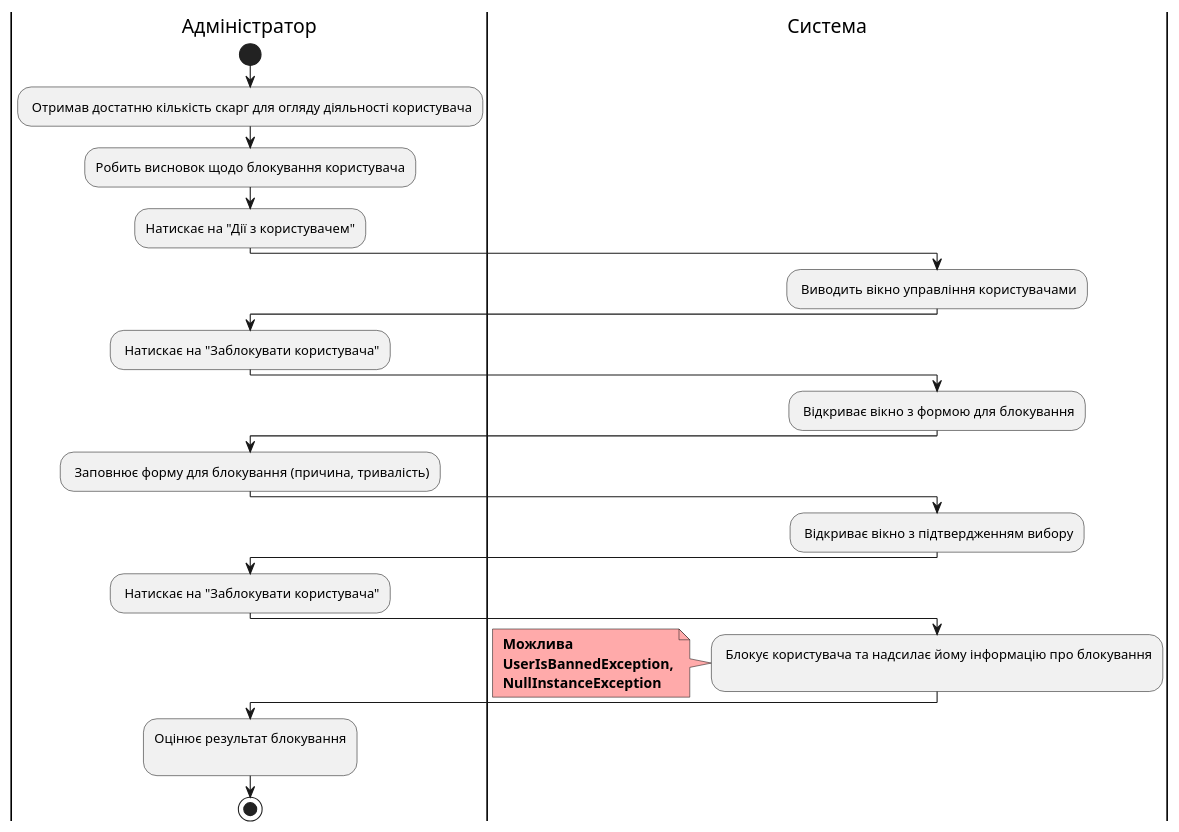
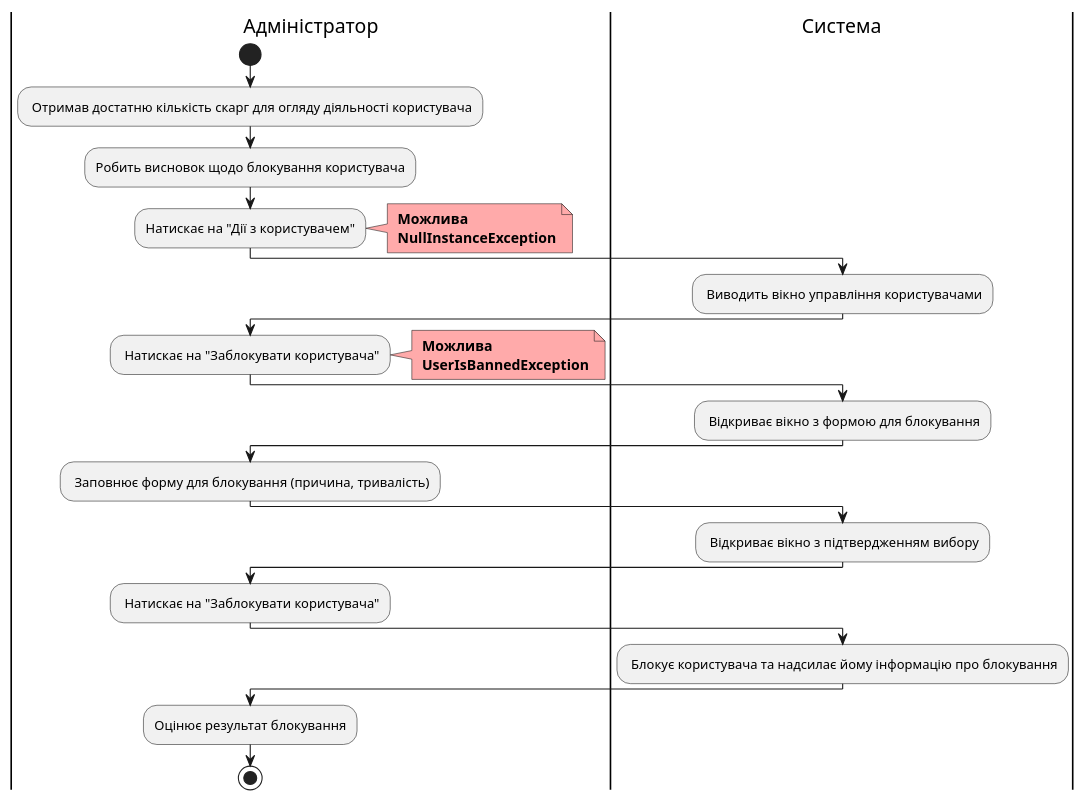
Before and after one commit to witchkaa/databases-course-work: diagram 21 of 23 in docs/use cases/README.md, drawn with PlantUML. The commit also changed other lines of this file, not shown here.

```diff
--- a/docs/use cases/README.md
+++ b/docs/use cases/README.md
@@ -844,46 +842,47 @@
 @startuml
 
-|Адміністратор|
-start;
-: Отримав достатню кількість скарг для огляду діяльності користувача;
+    |Адміністратор|
+    start;
+    : Отримав достатню кількість скарг для огляду діяльності користувача;
 
-|Адміністратор|
-:Робить висновок щодо блокування користувача;
+    |Адміністратор|
+    :Робить висновок щодо блокування користувача;
 
-|Адміністратор|
-:Натискає на "Дії з користувачем";
+    |Адміністратор|
+    :Натискає на "Дії з користувачем";
+    note right #ffaaaa
+    <b> Можлива
+    <b> NullInstanceException
+    end note
 
-|Система|
+    |Система|
     : Виводить вікно управління користувачами;
 
-|Адміністратор|
-: Натискає на "Заблокувати користувача";
+    |Адміністратор|
+    : Натискає на "Заблокувати користувача";
+    note right #ffaaaa
+    <b> Можлива
+    <b> UserIsBannedException
+    end note
 
-|Система|
-: Відкриває вікно з формою для блокування;
+    |Система|
+    : Відкриває вікно з формою для блокування;
 
-|Адміністратор|
-: Заповнює форму для блокування (причина, тривалість);
+    |Адміністратор|
+    : Заповнює форму для блокування (причина, тривалість);
 
-|Система|
-: Відкриває вікно з підтвердженням вибору;
+    |Система|
+    : Відкриває вікно з підтвердженням вибору;
 
-|Адміністратор|
-: Натискає на "Заблокувати користувача";
+    |Адміністратор|
+    : Натискає на "Заблокувати користувача";
 
-|Система|
-: Блокує користувача та надсилає йому інформацію про блокування
-;
-note left #ffaaaa
-<b> Можлива
-<b> UserIsBannedException,
-<b> NullInstanceException
-end note
+    |Система|
+    : Блокує користувача та надсилає йому інформацію про блокування;
 
-|Адміністратор|
-:Оцінює результат блокування
-;
+    |Адміністратор|
+    :Оцінює результат блокування;
 
-|Адміністратор|
+    |Адміністратор|
     stop;
 @enduml
```
